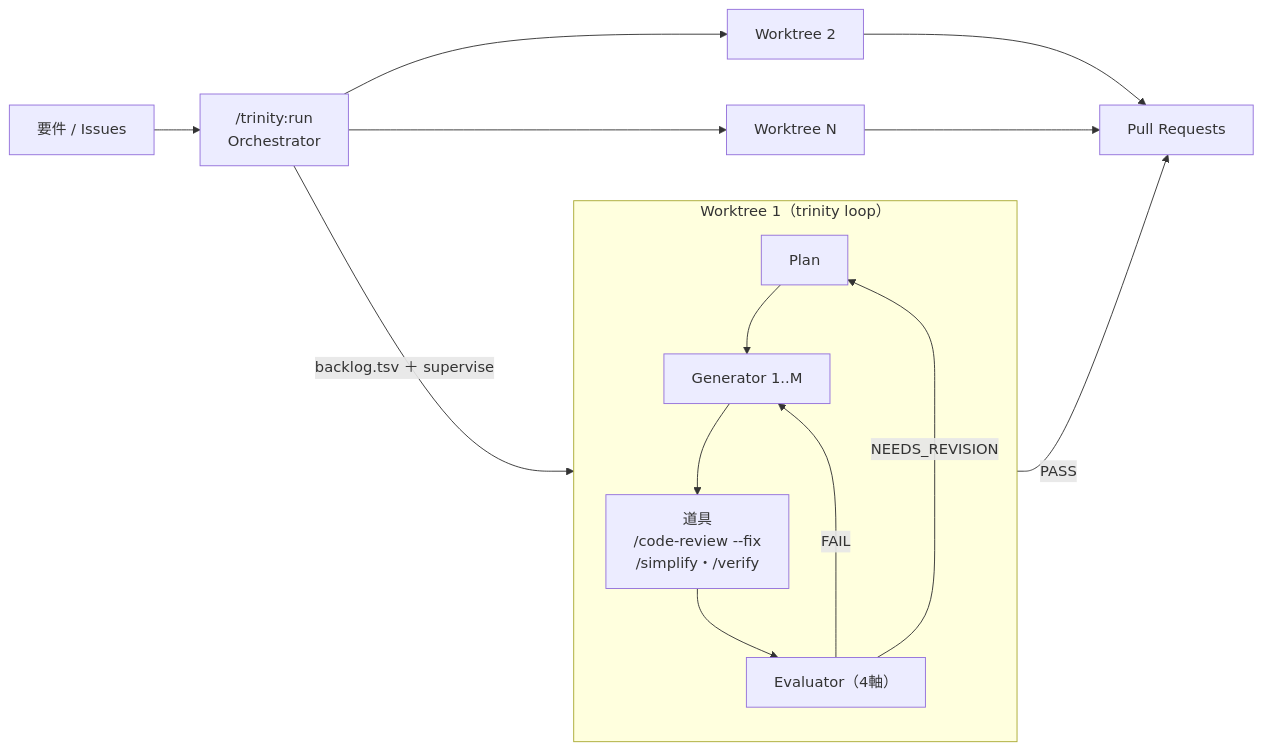
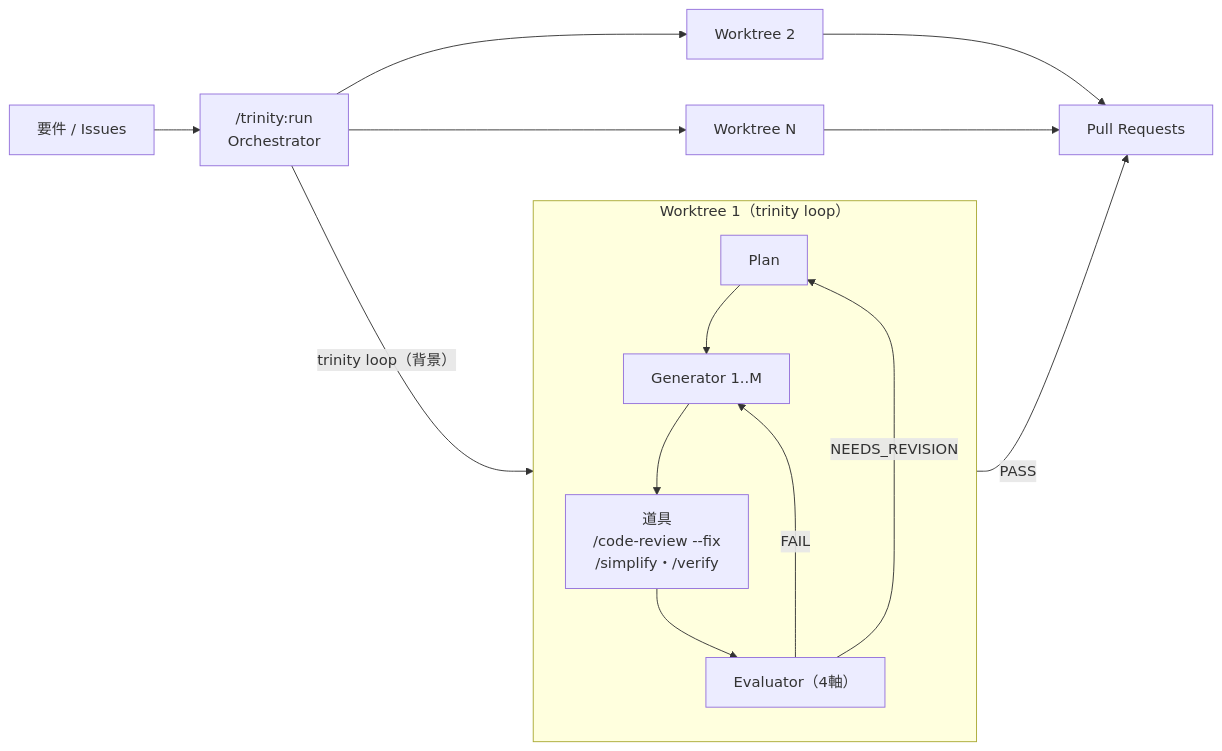
One commit to yjn279/trinity changed the diagram in README.md. Above: the diagram before and after it, drawn with Mermaid. The commit also changed other lines of this file and 3 other files, not shown here.

````diff
--- a/README.md
+++ b/README.md
@@ -60,26 +59,26 @@
 ```mermaid
 flowchart LR
   Req["要件 / Issues"] --> Run["/trinity:run<br/>Orchestrator"]
 
-  Run -->|backlog.tsv ＋ supervise| WT1
+  Run -->|trinity loop（背景）| WT1
   Run --> WT2
   Run --> WTN
 
   subgraph WT1["Worktree 1（trinity loop）"]
     direction TB
     Plan["Plan"]
     Gen["Generator 1..M"]
     Tools["道具<br/>/code-review --fix<br/>/simplify・/verify"]
     Eval["Evaluator（4軸）"]
     Plan --> Gen --> Tools --> Eval
     Eval -->|NEEDS_REVISION| Plan
     Eval -->|FAIL| Gen
   end
 
   WT2["Worktree 2"]
   WTN["Worktree N"]
 
   Eval -->|PASS| PR["Pull Requests"]
   WT2 --> PR
   WTN --> PR
 ```
````
